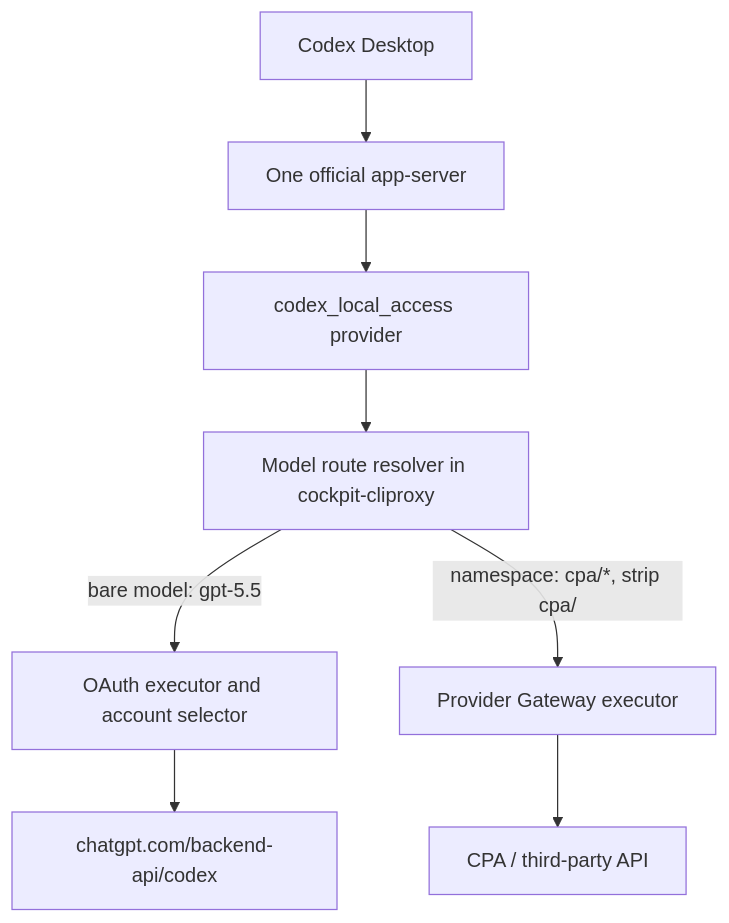
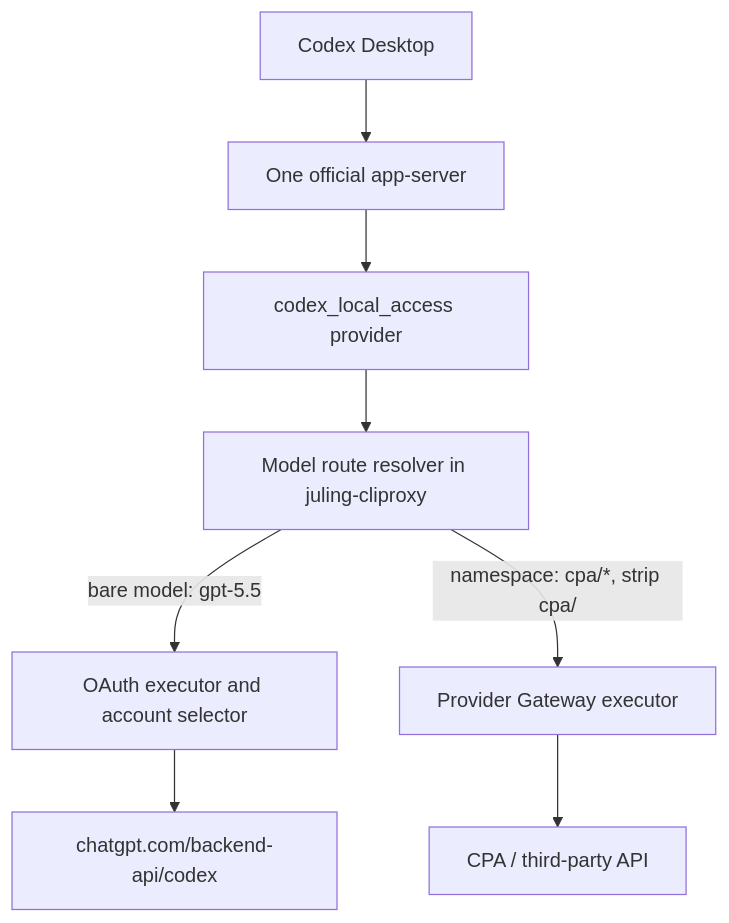
One commit to wu798998264-crypto/juling changed the second of 3 diagrams in docs/CODEX_MIXED_MODEL_ROUTING_DESIGN.md. Above: the diagram before and after it, drawn with Mermaid. The commit also changed other lines of this file and 1806 other files, not shown here.

````diff
--- a/docs/CODEX_MIXED_MODEL_ROUTING_DESIGN.md
+++ b/docs/CODEX_MIXED_MODEL_ROUTING_DESIGN.md
@@ -117,19 +117,19 @@
 ```mermaid
 flowchart TD
   Desktop[Codex Desktop]
   AppServer[One official app-server]
   LocalProvider[codex_local_access provider]
-  Router[Model route resolver in cockpit-cliproxy]
+  Router[Model route resolver in juling-cliproxy]
   OAuth[OAuth executor and account selector]
   Gateway[Provider Gateway executor]
   Subscription[chatgpt.com/backend-api/codex]
   CPA[CPA / third-party API]
 
   Desktop --> AppServer
   AppServer --> LocalProvider
   LocalProvider --> Router
   Router -->|bare model: gpt-5.5| OAuth
   OAuth --> Subscription
   Router -->|namespace: cpa/*, strip cpa/| Gateway
   Gateway --> CPA
 ```
````
